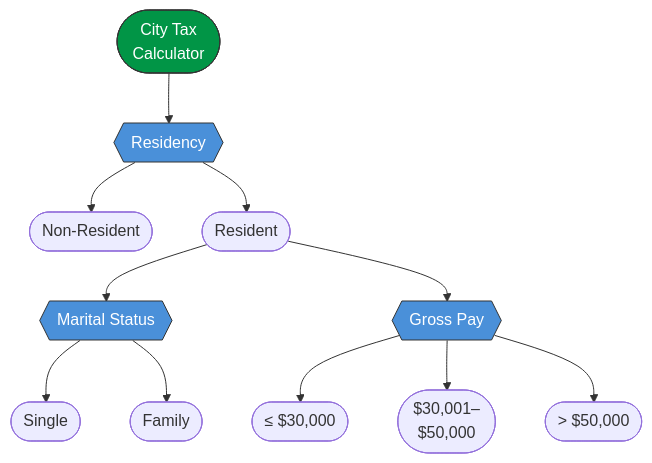
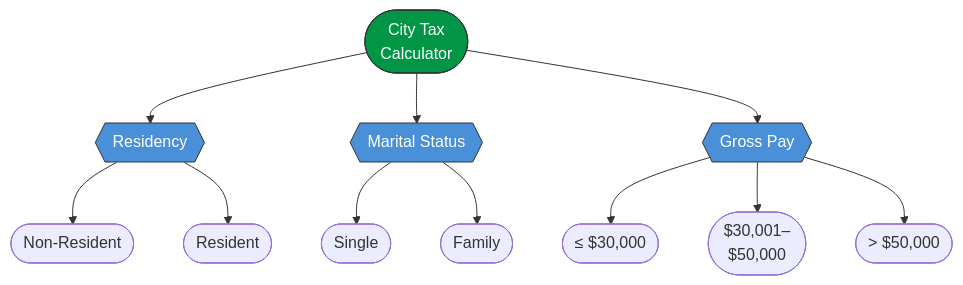
One commit to 3llimi/sqrbok.github.io changed the eighth of 10 diagrams in content/verif/domain/SN_A08_ClassificationTree.md. Above: the diagram before and after it, drawn with Mermaid. The commit also changed other lines of this file and 2 other files, not shown here.

````diff
--- a/content/verif/domain/SN_A08_ClassificationTree.md
+++ b/content/verif/domain/SN_A08_ClassificationTree.md
@@ -502,23 +502,23 @@
 ```mermaid
 flowchart TD
     ROOT(["City Tax<br>Calculator"])
+
     ROOT --> RES{{"Residency"}}
+    ROOT --> MS{{"Marital Status"}}
+    ROOT --> GP{{"Gross Pay"}}
 
     RES --> NR(["Non-Resident"])
     RES --> R(["Resident"])
-
-    R --> MS{{"Marital Status"}}
-    R --> GP{{"Gross Pay"}}
 
     MS --> S(["Single"])
     MS --> F(["Family"])
 
     GP --> LOW(["≤ $30,000"])
     GP --> MID(["$30,001–<br>$50,000"])
     GP --> HIGH(["> $50,000"])
 
     style ROOT fill:#019546,stroke:#333,color:white
     style RES fill:#4a90d9,stroke:#333,color:white
     style MS fill:#4a90d9,stroke:#333,color:white
     style GP fill:#4a90d9,stroke:#333,color:white
 ```
````
